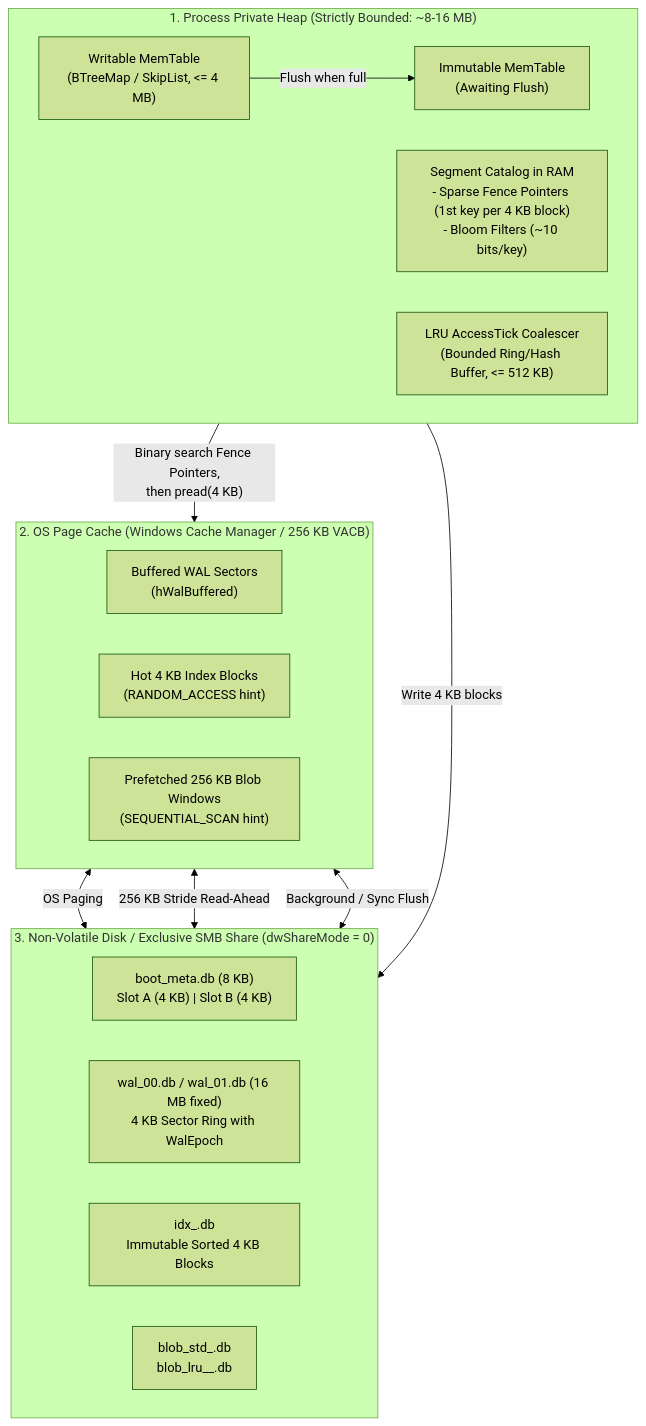
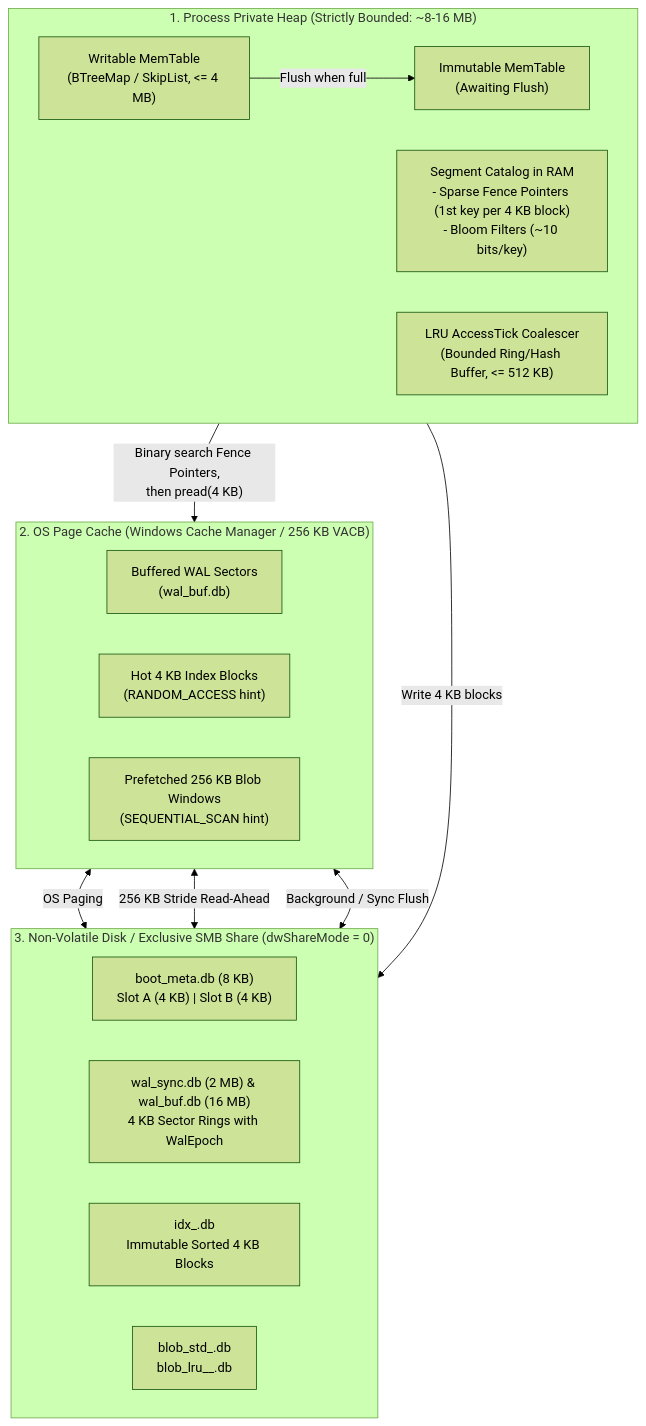
Before and after one commit to toyoshim-i/aydb: the second of 5 diagrams in docs/phase1/00_OVERVIEW.md, drawn with Mermaid (forest theme). The commit also changed other lines of this file and 2 other files, not shown here.

````diff
--- a/docs/phase1/00_OVERVIEW.md
+++ b/docs/phase1/00_OVERVIEW.md
@@ -66,32 +66,32 @@
 ```mermaid
 flowchart TB
     subgraph Heap["1. Process Private Heap (Strictly Bounded: ~8-16 MB)"]
         direction LR
         ActiveMT["Writable MemTable<br/>(BTreeMap / SkipList, <= 4 MB)"]
         ImmMT["Immutable MemTable<br/>(Awaiting Flush)"]
         SparseIdx["Segment Catalog in RAM<br/>- Sparse Fence Pointers (1st key per 4 KB block)<br/>- Bloom Filters (~10 bits/key)"]
         LruBuf["LRU AccessTick Coalescer<br/>(Bounded Ring/Hash Buffer, <= 512 KB)"]
     end
 
     subgraph OSCache["2. OS Page Cache (Windows Cache Manager / 256 KB VACB)"]
         direction LR
-        WalCache["Buffered WAL Sectors<br/>(hWalBuffered)"]
+        WalCache["Buffered WAL Sectors<br/>(wal_buf.db)"]
         IdxCache["Hot 4 KB Index Blocks<br/>(RANDOM_ACCESS hint)"]
         BlobCache["Prefetched 256 KB Blob Windows<br/>(SEQUENTIAL_SCAN hint)"]
     end
 
     subgraph Disk["3. Non-Volatile Disk / Exclusive SMB Share (dwShareMode = 0)"]
         direction LR
         BootMeta["boot_meta.db (8 KB)<br/>Slot A (4 KB) | Slot B (4 KB)"]
-        WalFile["wal_00.db / wal_01.db (16 MB fixed)<br/>4 KB Sector Ring with WalEpoch"]
+        WalFile["wal_sync.db (2 MB) & wal_buf.db (16 MB)<br/>4 KB Sector Rings with WalEpoch"]
         IdxFiles["idx_<SeqID>.db<br/>Immutable Sorted 4 KB Blocks"]
         BlobFiles["blob_std_<SeqID>.db<br/>blob_lru_<TblID>_<SeqID>.db"]
     end
 
     ActiveMT -->|"Flush when full"| ImmMT
     ImmMT -->|"Write 4 KB blocks"| IdxFiles
     SparseIdx -->|"Binary search Fence Pointers,<br/>then pread(4 KB)"| IdxCache
     IdxCache <-->|"OS Paging"| IdxFiles
     BlobCache <-->|"256 KB Stride Read-Ahead"| BlobFiles
     WalCache <-->|"Background / Sync Flush"| WalFile
 ```
````
